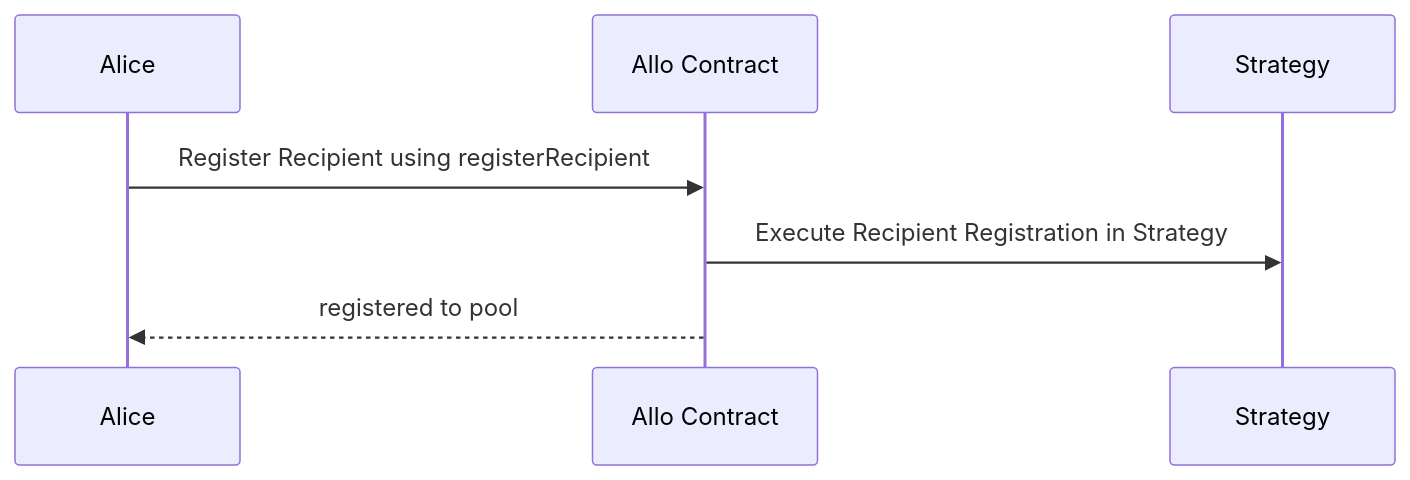
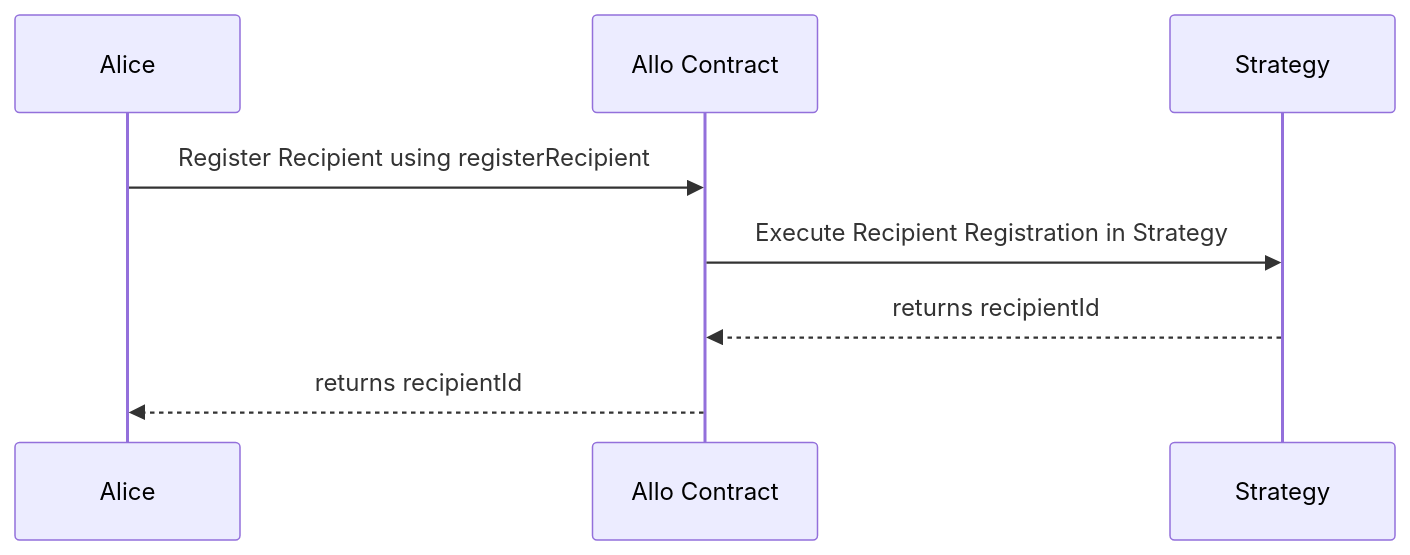
Before and after one commit to allo-protocol/allo-v2: the fourth of 8 diagrams in contracts/readme/Allo.md, drawn with Mermaid. The commit also changed other lines of this file, not shown here.

````diff
--- a/contracts/readme/Allo.md
+++ b/contracts/readme/Allo.md
@@ -206,10 +207,11 @@
 ```mermaid
 sequenceDiagram
     participant Alice as Alice
     participant Allo as Allo Contract
     participant Strategy as Strategy
 
     Alice->>Allo: Register Recipient using registerRecipient
     Allo->>Strategy: Execute Recipient Registration in Strategy
-    Allo-->>Alice: registered to pool
+    Strategy-->>Allo: returns recipientId
+    Allo-->>Alice: returns recipientId
 ```
````
